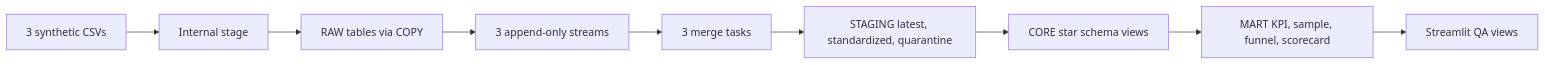
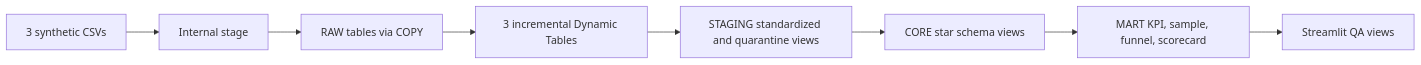
One commit to himanshuSharma-13/milestone-6 changed the first of 2 diagrams in README.md. Above: the diagram before and after it, drawn with Mermaid. The commit also changed other lines of this file and 9 other files, not shown here.

````diff
--- a/README.md
+++ b/README.md
@@ -16,11 +16,10 @@
 ```mermaid
 flowchart LR
   CSV[3 synthetic CSVs] --> STAGE[Internal stage]
   STAGE --> RAW[RAW tables via COPY]
-  RAW --> STREAM[3 append-only streams]
-  STREAM --> TASK[3 merge tasks]
-  TASK --> STAGING[STAGING latest, standardized, quarantine]
+  RAW --> DT[3 incremental Dynamic Tables]
+  DT --> STAGING[STAGING standardized and quarantine views]
   STAGING --> CORE[CORE star schema views]
   CORE --> MART[MART KPI, sample, funnel, scorecard]
   MART --> APP[Streamlit QA views]
 ```
````
